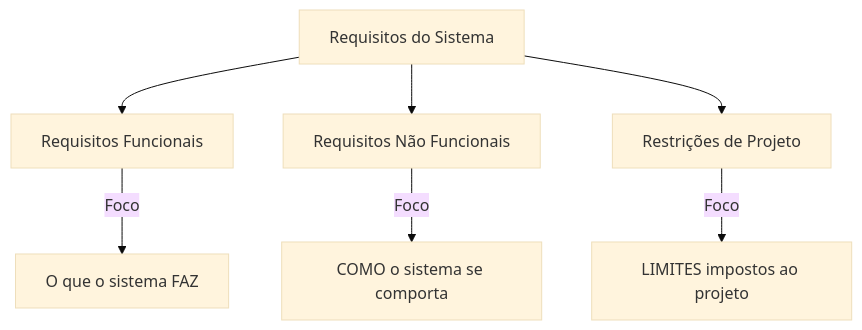
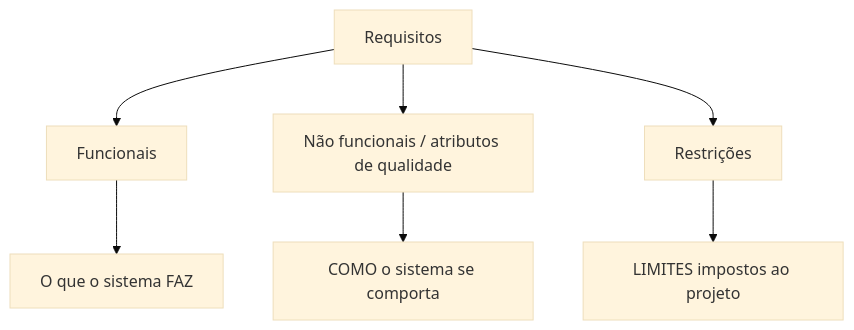
Before and after one commit to MaicomMRampi/software-architecture-handbook: the diagram in Arquiteto de Software/02 Requisitos arquiteturais e modelagem arquitetural/01 Introducao.md, drawn with Mermaid (base theme). The commit also changed other lines of this file and 43 other files, not shown here.

````diff
--- a/Arquiteto de Software/02 Requisitos arquiteturais e modelagem arquitetural/01 Introducao.md
+++ b/Arquiteto de Software/02 Requisitos arquiteturais e modelagem arquitetural/01 Introducao.md
@@ -13,10 +23,9 @@
 ```mermaid
 graph TD
-    R[Requisitos do Sistema] --> RF[Requisitos Funcionais]
-    R --> RNF[Requisitos Não Funcionais]
-    R --> RES[Restrições de Projeto]
-
-    RF -->|Foco| RF1[O que o sistema FAZ]
-    RNF -->|Foco| RNF1[COMO o sistema se comporta]
-    RES -->|Foco| RES1[LIMITES impostos ao projeto]
+    R[Requisitos] --> RF[Funcionais]
+    R --> RNF[Não funcionais / atributos de qualidade]
+    R --> RES[Restrições]
+    RF --> RF1[O que o sistema FAZ]
+    RNF --> RNF1[COMO o sistema se comporta]
+    RES --> RES1[LIMITES impostos ao projeto]
 ```
````
